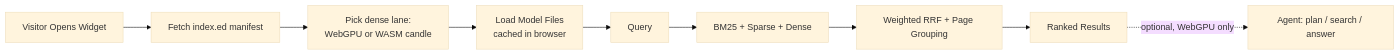
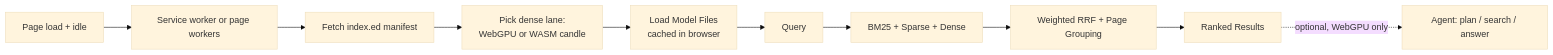
The second of 2 diagrams in README.md (jt55401/eddie), drawn with Mermaid (base theme) before and after one commit. The commit also changed other lines of this file and 119 other files, not shown here.

First line of the commit message:
Eddie 0.4.2: lite-first WASM, tiered service workers, asset versioning, settings panel

````diff
--- a/README.md
+++ b/README.md
@@ -396,11 +401,12 @@
 ```mermaid
 flowchart LR
-  A[Visitor Opens Widget] --> B[Fetch index.ed manifest]
-  B --> C[Pick dense lane:<br/>WebGPU or WASM candle]
-  C --> D[Load Model Files<br/>cached in browser]
-  D --> E[Query]
-  E --> F[BM25 + Sparse + Dense]
-  F --> G[Weighted RRF + Page Grouping]
-  G --> H[Ranked Results]
-  H -.optional, WebGPU only.-> I[Agent: plan / search / answer]
+  A[Page load + idle] --> B[Service worker or page workers]
+  B --> C[Fetch index.ed manifest]
+  C --> D[Pick dense lane:<br/>WebGPU or WASM candle]
+  D --> E[Load Model Files<br/>cached in browser]
+  E --> F[Query]
+  F --> G[BM25 + Sparse + Dense]
+  G --> H[Weighted RRF + Page Grouping]
+  H --> I[Ranked Results]
+  I -.optional, WebGPU only.-> J[Agent: plan / search / answer]
 ```
````
